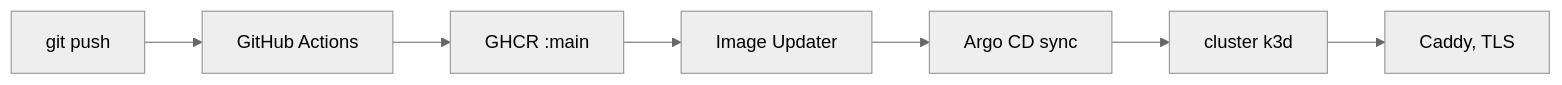
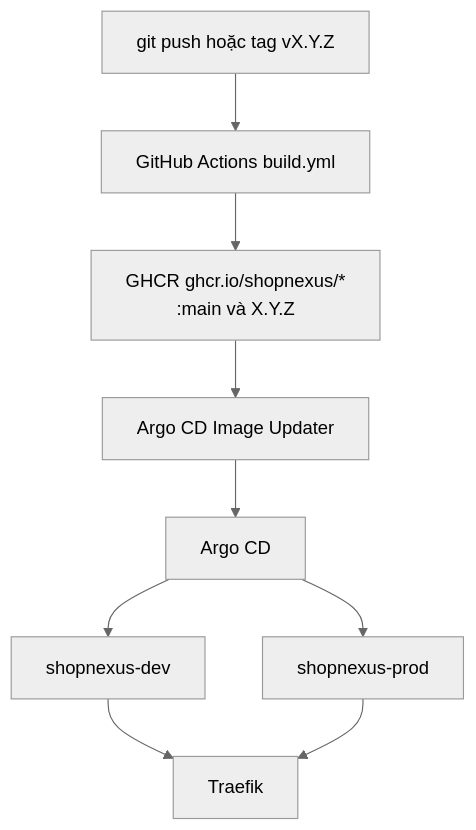
One commit to shopnexus/docs changed the diagram in web/src/content/docs/vi/operations/index.mdx. Above: the diagram before and after it, drawn with Mermaid (neutral theme). The commit also changed other lines of this file and 17 other files, not shown here.

First line of the commit message:
docs(web): the Cluster section, how the dev and prod stacks are built and run

````diff
--- a/web/src/content/docs/vi/operations/index.mdx
+++ b/web/src/content/docs/vi/operations/index.mdx
@@ -20,9 +27,11 @@
 ```mermaid title="Từ git push tới pod đang chạy"
-flowchart LR
-  push[git push] --> ci[GitHub Actions]
-  ci --> ghcr[GHCR :main]
-  ghcr --> iu[Image Updater]
-  iu --> argo[Argo CD sync]
-  argo --> k3d[cluster k3d]
-  k3d --> caddy[Caddy, TLS]
+flowchart TB
+  push[git push hoặc tag vX.Y.Z] --> ci[GitHub Actions build.yml]
+  ci --> ghcr["GHCR ghcr.io/shopnexus/*<br/>:main và X.Y.Z"]
+  ghcr --> iu[Argo CD Image Updater]
+  iu --> argo[Argo CD]
+  argo --> devns[shopnexus-dev]
+  argo --> prodns[shopnexus-prod]
+  devns --> traefik[Traefik]
+  prodns --> traefik
 ```
````
